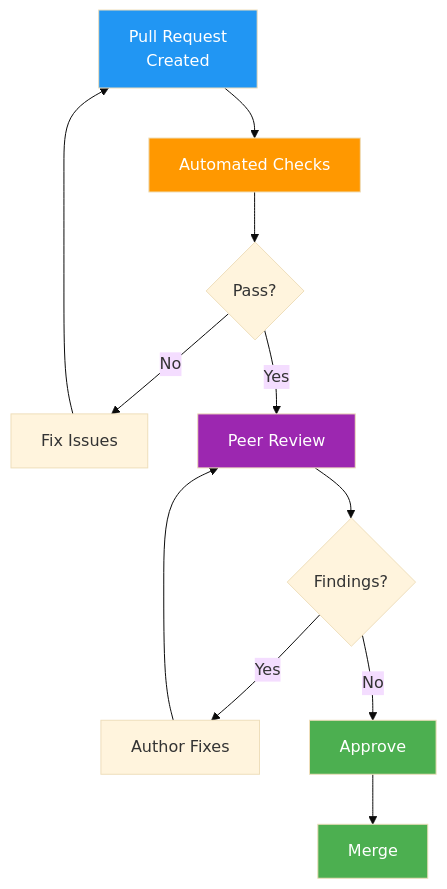
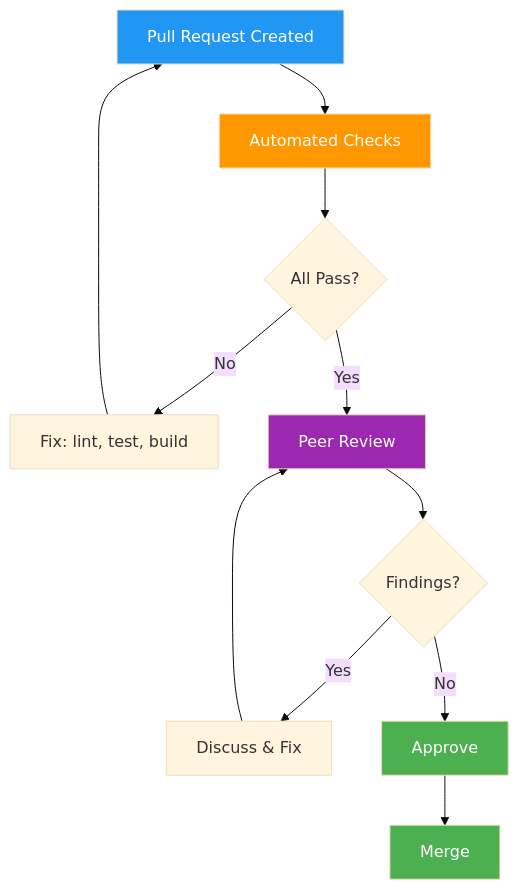
The diagram in template/03_construction/036_code_review_records.md (oat431/project_spec), drawn with Mermaid (base theme) before and after one commit. The commit also changed other lines of this file and 12 other files, not shown here.

Commit message:
vault backup: 2026-07-23 23:54:05: add construction doc for flowero_dicover

````diff
--- a/template/03_construction/036_code_review_records.md
+++ b/template/03_construction/036_code_review_records.md
@@ -31,19 +31,19 @@
 ```mermaid
 flowchart TD
-    PR[Pull Request<br>Created] --> AUTO[Automated Checks]
-    AUTO --> CHECK{Pass?}
-    CHECK -->|No| FIX_AUTO[Fix Issues]
+    PR[Pull Request Created] --> AUTO[Automated Checks]
+    AUTO --> CHECK{All Pass?}
+    CHECK -->|No| FIX_AUTO[Fix: lint, test, build]
     FIX_AUTO --> PR
     CHECK -->|Yes| REVIEW[Peer Review]
     REVIEW --> FINDINGS{Findings?}
-    FINDINGS -->|Yes| FIX[Author Fixes]
-    FIX --> REVIEW
+    FINDINGS -->|Yes| DISCUSS[Discuss & Fix]
+    DISCUSS --> REVIEW
     FINDINGS -->|No| APPROVE[Approve]
     APPROVE --> MERGE[Merge]
 
     style PR fill:#2196F3,color:#fff
     style AUTO fill:#FF9800,color:#fff
     style REVIEW fill:#9C27B0,color:#fff
     style APPROVE fill:#4CAF50,color:#fff
     style MERGE fill:#4CAF50,color:#fff
 ```
````
